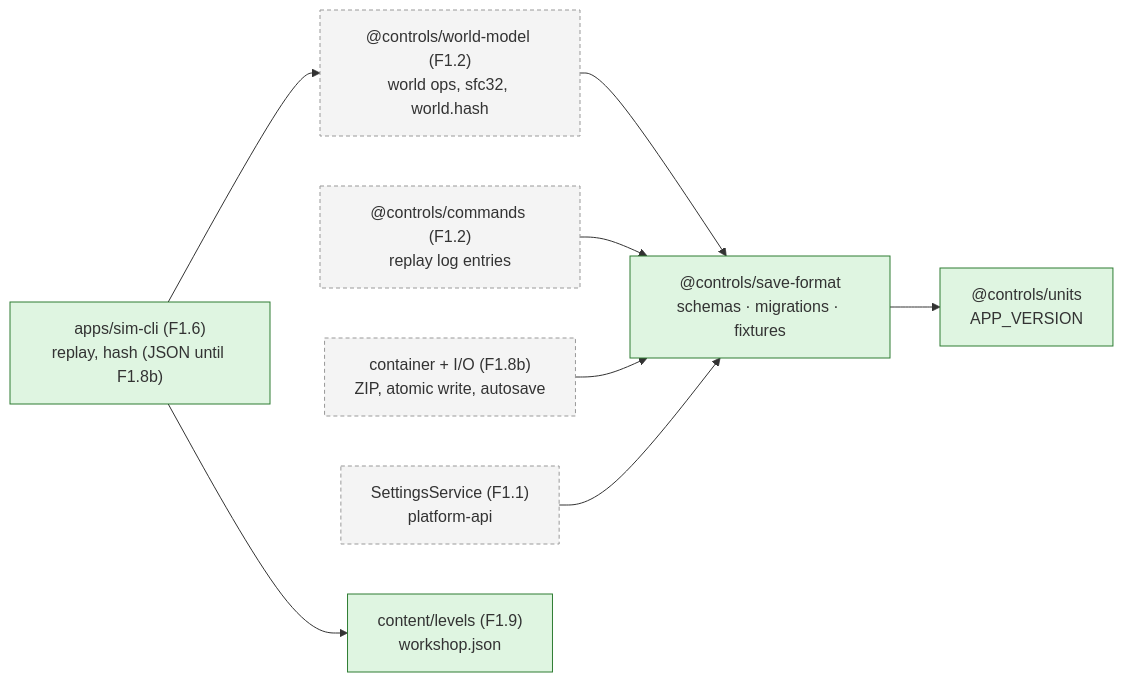
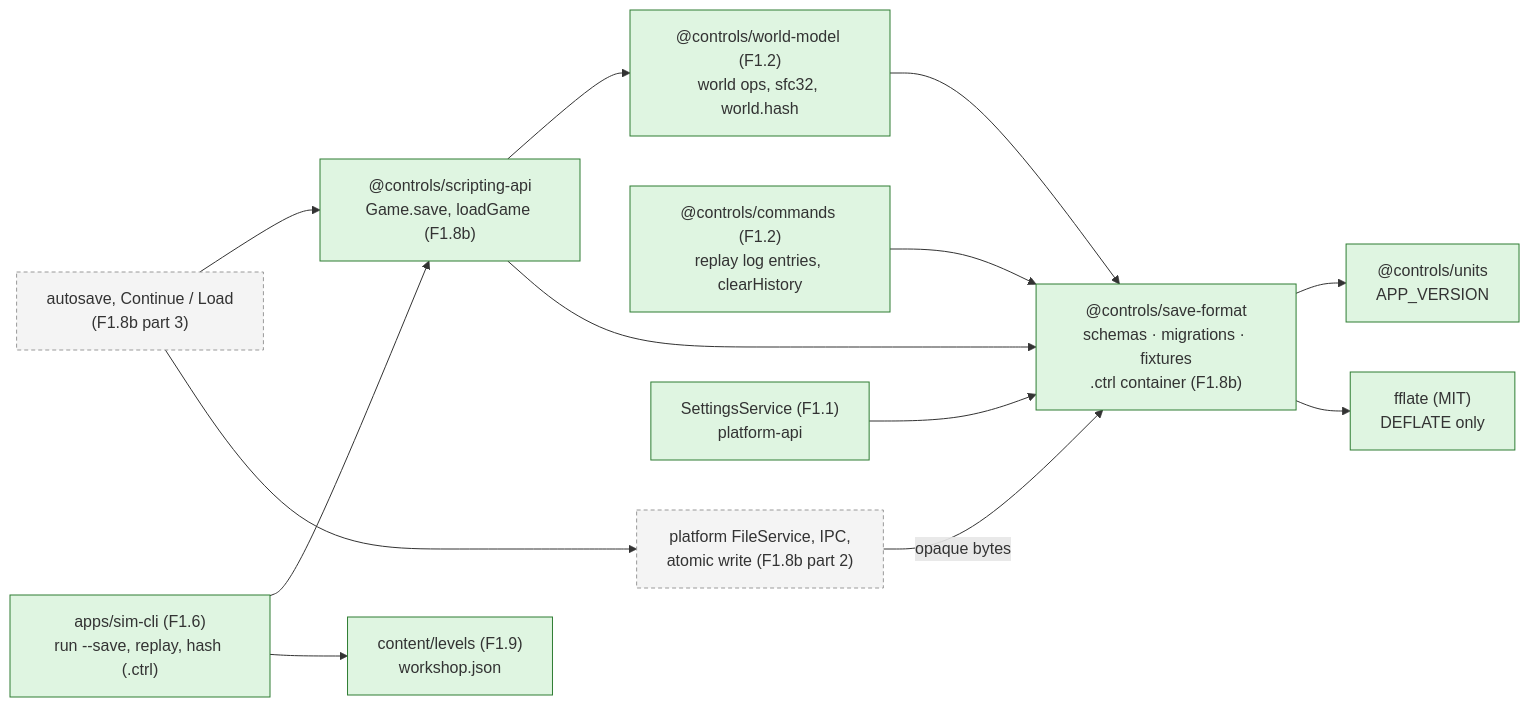
One commit to joebarbere/controls changed the sixth of 6 diagrams in docs/architecture/world-and-saves.md. Above: the diagram before and after it, drawn with Mermaid. The commit also changed other lines of this file and 42 other files, not shown here.

First line of the commit message:
feat(save-format): F1.8b part 1, the .ctrl container, saving and loading (#19)

````diff
--- a/docs/architecture/world-and-saves.md
+++ b/docs/architecture/world-and-saves.md
@@ -130,22 +199,30 @@
 ```mermaid
 flowchart LR
     classDef done fill:#dff5e1,stroke:#2e7d32;
     classDef later fill:#f4f4f4,stroke:#999,stroke-dasharray: 4 3;
 
-    SF["@controls/save-format<br/>schemas · migrations · fixtures"]:::done
+    SF["@controls/save-format<br/>schemas · migrations · fixtures<br/>.ctrl container (F1.8b)"]:::done
+    FF["fflate (MIT)<br/>DEFLATE only"]:::done
     UNITS["@controls/units<br/>APP_VERSION"]:::done
-    WM["@controls/world-model (F1.2)<br/>world ops, sfc32, world.hash"]:::later
-    CMD["@controls/commands (F1.2)<br/>replay log entries"]:::later
-    CTR["container + I/O (F1.8b)<br/>ZIP, atomic write, autosave"]:::later
-    SET["SettingsService (F1.1)<br/>platform-api"]:::later
-    CLI["apps/sim-cli (F1.6)<br/>replay, hash (JSON until F1.8b)"]:::done
+    WM["@controls/world-model (F1.2)<br/>world ops, sfc32, world.hash"]:::done
+    CMD["@controls/commands (F1.2)<br/>replay log entries, clearHistory"]:::done
+    API["@controls/scripting-api<br/>Game.save, loadGame (F1.8b)"]:::done
+    IO["platform FileService, IPC,<br/>atomic write (F1.8b part 2)"]:::later
+    UI["autosave, Continue / Load<br/>(F1.8b part 3)"]:::later
+    SET["SettingsService (F1.1)<br/>platform-api"]:::done
+    CLI["apps/sim-cli (F1.6)<br/>run --save, replay, hash (.ctrl)"]:::done
     LVL["content/levels (F1.9)<br/>workshop.json"]:::done
 
     SF --> UNITS
+    SF --> FF
     WM --> SF
     CMD --> SF
-    CTR --> SF
+    API --> WM
+    API --> SF
+    IO -->|"opaque bytes"| SF
+    UI --> API
+    UI --> IO
     SET --> SF
-    CLI --> WM
+    CLI --> API
     CLI --> LVL
 ```
````
